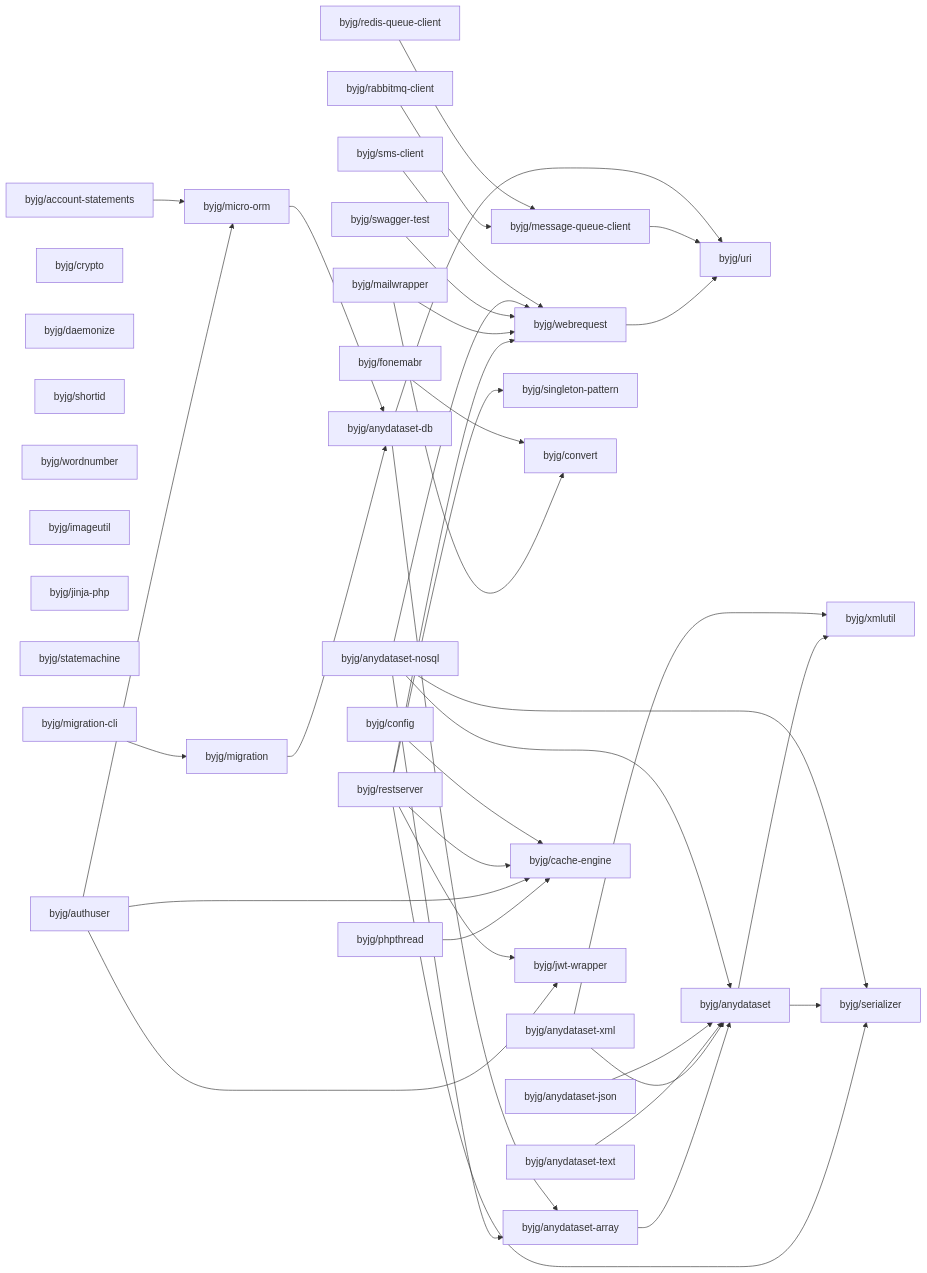
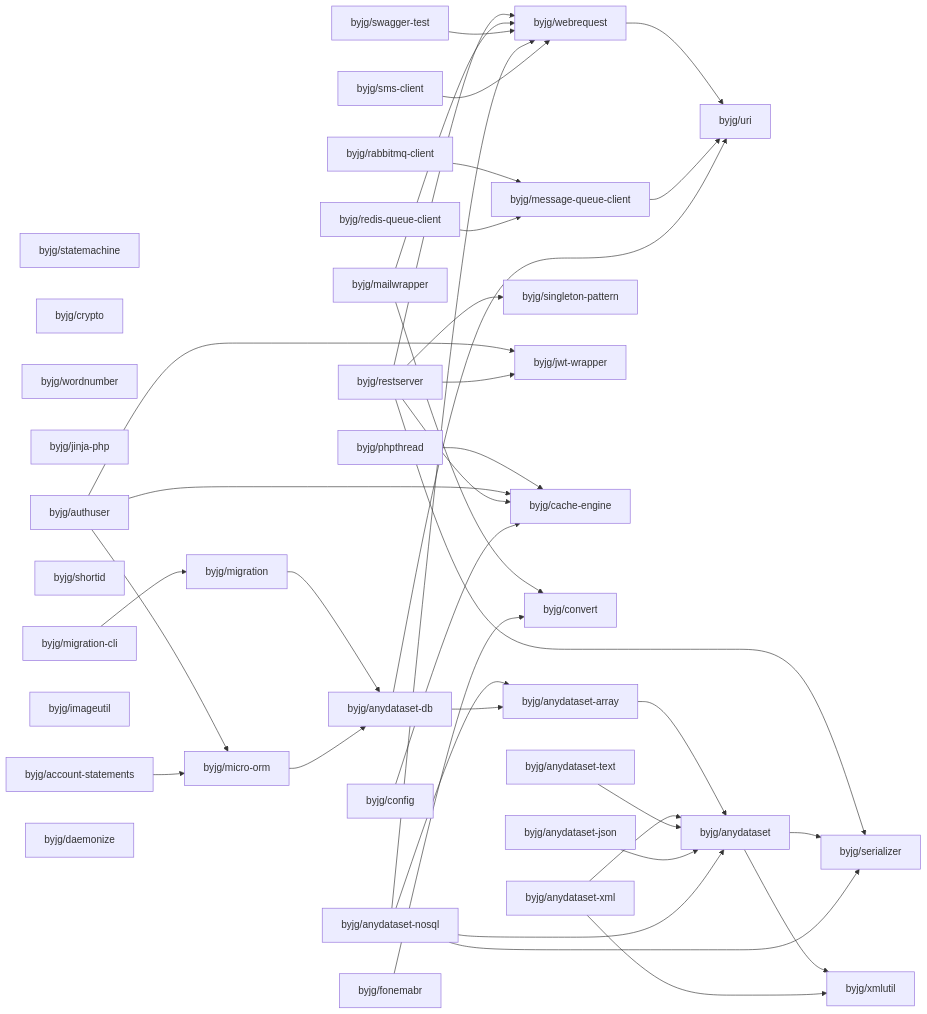
The diagram in docs/php/README.md (byjg/byjg.github.io), drawn with Mermaid before and after one commit. The commit also changed other lines of this file and 1 other file, not shown here.

Commit message:
Update documentation 'php' 'php-cache-engine'

````diff
--- a/docs/php/README.md
+++ b/docs/php/README.md
@@ -3,76 +3,76 @@
 ```mermaid
 graph LR;
+  byjg/config;
+  byjg/anydataset-xml;
+  byjg/statemachine;
+  byjg/crypto;
+  byjg/anydataset-json;
+  byjg/wordnumber;
+  byjg/jinja-php;
   byjg/account-statements;
+  byjg/shortid;
+  byjg/authuser;
+  byjg/fonemabr;
+  byjg/restserver;
+  byjg/anydataset-nosql;
+  byjg/anydataset-text;
+  byjg/phpthread;
+  byjg/swagger-test;
+  byjg/rabbitmq-client;
+  byjg/imageutil;
+  byjg/migration-cli;
+  byjg/mailwrapper;
+  byjg/sms-client;
+  byjg/daemonize;
   byjg/redis-queue-client;
-  byjg/anydataset-nosql;
-  byjg/anydataset-xml;
-  byjg/config;
-  byjg/phpthread;
-  byjg/crypto;
-  byjg/swagger-test;
-  byjg/daemonize;
-  byjg/restserver;
-  byjg/shortid;
-  byjg/fonemabr;
-  byjg/wordnumber;
-  byjg/anydataset-json;
-  byjg/mailwrapper;
-  byjg/imageutil;
-  byjg/sms-client;
-  byjg/rabbitmq-client;
-  byjg/jinja-php;
-  byjg/anydataset-text;
-  byjg/statemachine;
-  byjg/authuser;
-  byjg/migration-cli;
+  byjg/micro-orm;
   byjg/singleton-pattern;
+  byjg/jwt-wrapper;
+  byjg/cache-engine;
+  byjg/migration;
   byjg/convert;
   byjg/webrequest;
   byjg/message-queue-client;
-  byjg/micro-orm;
-  byjg/cache-engine;
-  byjg/jwt-wrapper;
-  byjg/migration;
   byjg/anydataset-db;
   byjg/anydataset-array;
   byjg/uri;
   byjg/anydataset;
   byjg/serializer;
   byjg/xmlutil;
   byjg/phpthread --> byjg/cache-engine;
   byjg/authuser --> byjg/micro-orm;
   byjg/authuser --> byjg/cache-engine;
   byjg/authuser --> byjg/jwt-wrapper;
   byjg/anydataset-array --> byjg/anydataset;
   byjg/restserver --> byjg/serializer;
   byjg/restserver --> byjg/singleton-pattern;
   byjg/restserver --> byjg/cache-engine;
   byjg/restserver --> byjg/webrequest;
   byjg/restserver --> byjg/jwt-wrapper;
   byjg/mailwrapper --> byjg/convert;
   byjg/mailwrapper --> byjg/webrequest;
   byjg/swagger-test --> byjg/webrequest;
   byjg/migration --> byjg/anydataset-db;
   byjg/account-statements --> byjg/micro-orm;
   byjg/anydataset --> byjg/serializer;
   byjg/anydataset --> byjg/xmlutil;
   byjg/fonemabr --> byjg/convert;
   byjg/anydataset-xml --> byjg/anydataset;
   byjg/anydataset-xml --> byjg/xmlutil;
   byjg/webrequest --> byjg/uri;
   byjg/config --> byjg/cache-engine;
   byjg/migration-cli --> byjg/migration;
   byjg/anydataset-text --> byjg/anydataset;
   byjg/micro-orm --> byjg/anydataset-db;
   byjg/message-queue-client --> byjg/uri;
   byjg/anydataset-json --> byjg/anydataset;
   byjg/anydataset-nosql --> byjg/anydataset;
   byjg/anydataset-nosql --> byjg/anydataset-array;
   byjg/anydataset-nosql --> byjg/serializer;
   byjg/anydataset-nosql --> byjg/webrequest;
   byjg/anydataset-db --> byjg/anydataset-array;
   byjg/anydataset-db --> byjg/uri;
   byjg/rabbitmq-client --> byjg/message-queue-client;
   byjg/redis-queue-client --> byjg/message-queue-client;
   byjg/sms-client --> byjg/webrequest;
 ```
````
